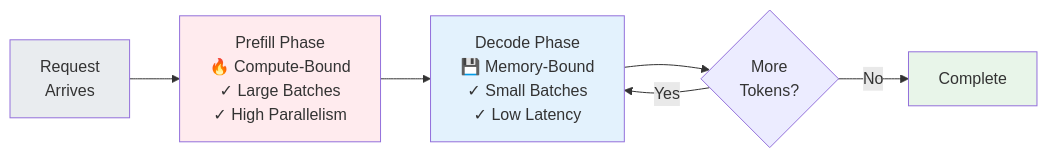
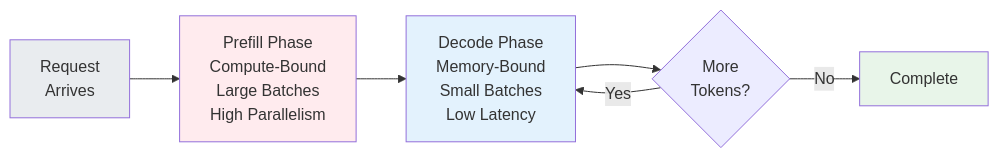
The diagram in _posts/2024-11-05-week-10-optimizing-optimizers.md (harvard-edge/cs249r_fall2025), drawn with Mermaid before and after one commit. The commit also changed 2 other files, not shown here.

Commit message:
Remove emoji icons from diagrams and add Mark Ren's image

```diff
--- a/_posts/2024-11-05-week-10-optimizing-optimizers.md
+++ b/_posts/2024-11-05-week-10-optimizing-optimizers.md
@@ -92,13 +92,13 @@
 <div class="mermaid">
 graph LR
-    A[Request<br/>Arrives] --> B[Prefill Phase<br/>🔥 Compute-Bound<br/>✓ Large Batches<br/>✓ High Parallelism]
-    B --> C[Decode Phase<br/>💾 Memory-Bound<br/>✓ Small Batches<br/>✓ Low Latency]
+    A[Request<br/>Arrives] --> B[Prefill Phase<br/>Compute-Bound<br/>Large Batches<br/>High Parallelism]
+    B --> C[Decode Phase<br/>Memory-Bound<br/>Small Batches<br/>Low Latency]
     C --> D{More<br/>Tokens?}
     D -->|Yes| C
     D -->|No| E[Complete]
     
     style B fill:#ffebee
     style C fill:#e3f2fd
     style A fill:#e9ecef
     style E fill:#e8f5e9
 </div>
```
